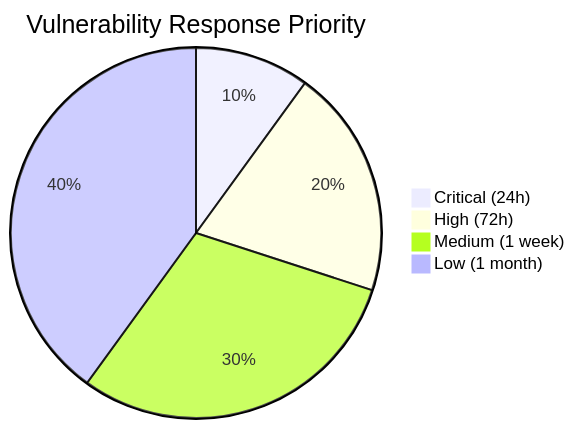
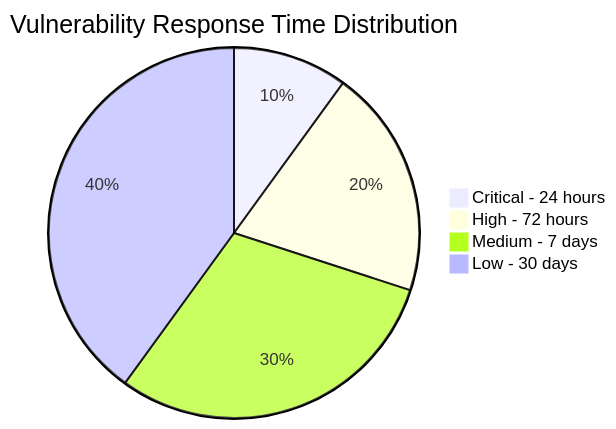
One commit to WSO2-G02/salon-booking-frontend-dev changed the third of 9 diagrams in docs/SECURITY.md. Above: the diagram before and after it, drawn with Mermaid. The commit also changed other lines of this file and 2 other files, not shown here.

````diff
--- a/docs/SECURITY.md
+++ b/docs/SECURITY.md
@@ -74,7 +68,7 @@
 ```mermaid
-pie title Vulnerability Response Priority
-    "Critical (24h)" : 10
-    "High (72h)" : 20
-    "Medium (1 week)" : 30
-    "Low (1 month)" : 40
+pie title Vulnerability Response Time Distribution
+    "Critical - 24 hours" : 10
+    "High - 72 hours" : 20
+    "Medium - 7 days" : 30
+    "Low - 30 days" : 40
 ```
````
